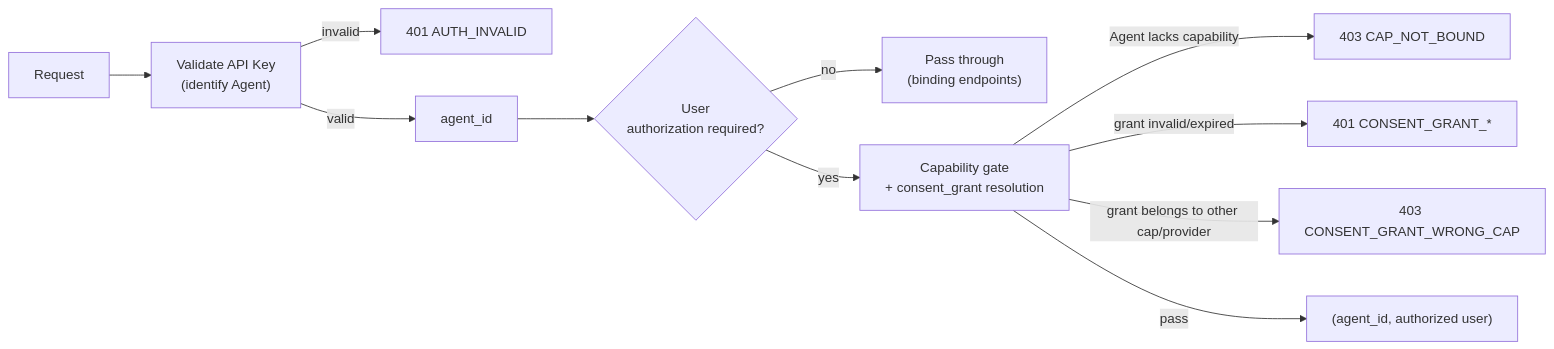
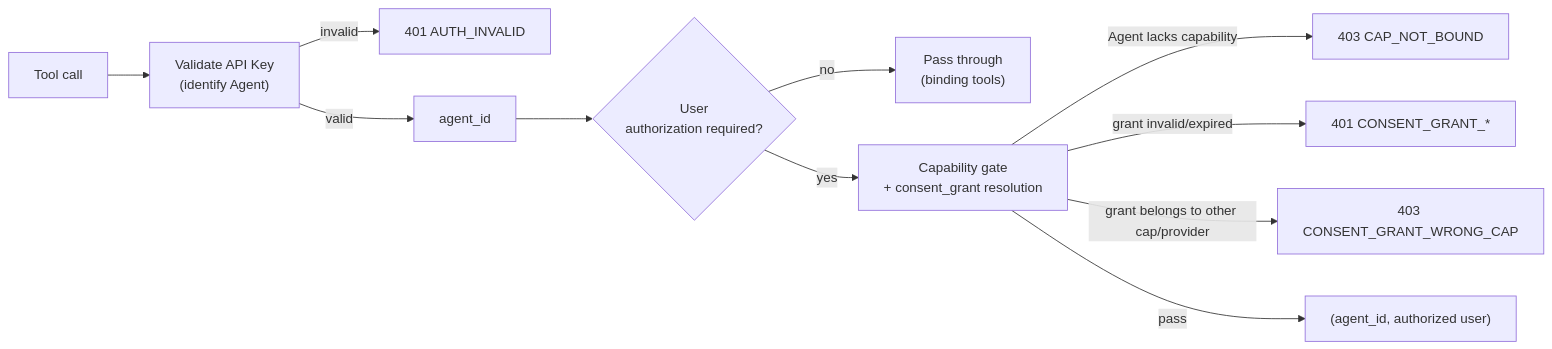
One commit to clawdot/docs changed the second of 3 diagrams in en/gateway/architecture.mdx. Above: the diagram before and after it, drawn with Mermaid. The commit also changed other lines of this file and 67 other files, not shown here.

First line of the commit message:
docs: 正文改写为 MCP-first + 补 MCP 时序图（Phase 2）

````diff
--- a/en/gateway/architecture.mdx
+++ b/en/gateway/architecture.mdx
@@ -102,13 +87,13 @@
 ```mermaid
 flowchart LR
-  A["Request"] --> B["Validate API Key<br/>(identify Agent)"]
+  A["Tool call"] --> B["Validate API Key<br/>(identify Agent)"]
   B -- invalid --> E["401 AUTH_INVALID"]
   B -- valid --> C["agent_id"]
   C --> D{"User<br/>authorization required?"}
-  D -- no --> Z["Pass through<br/>(binding endpoints)"]
+  D -- no --> Z["Pass through<br/>(binding tools)"]
   D -- yes --> F["Capability gate<br/>+ consent_grant resolution"]
   F -- Agent lacks capability --> G["403 CAP_NOT_BOUND"]
   F -- grant invalid/expired --> H["401 CONSENT_GRANT_*"]
   F -- grant belongs to other cap/provider --> I["403 CONSENT_GRANT_WRONG_CAP"]
   F -- pass --> J["(agent_id, authorized user)"]
 ```
````
